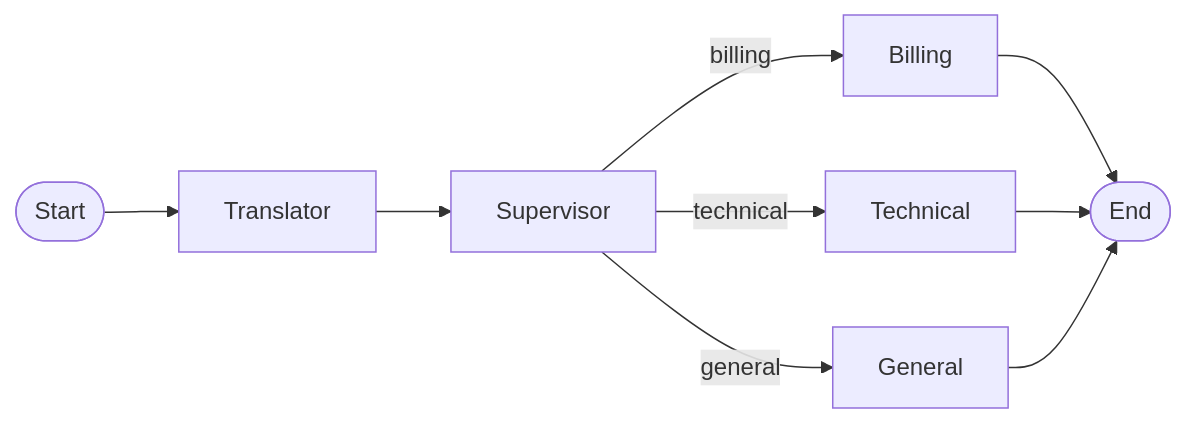
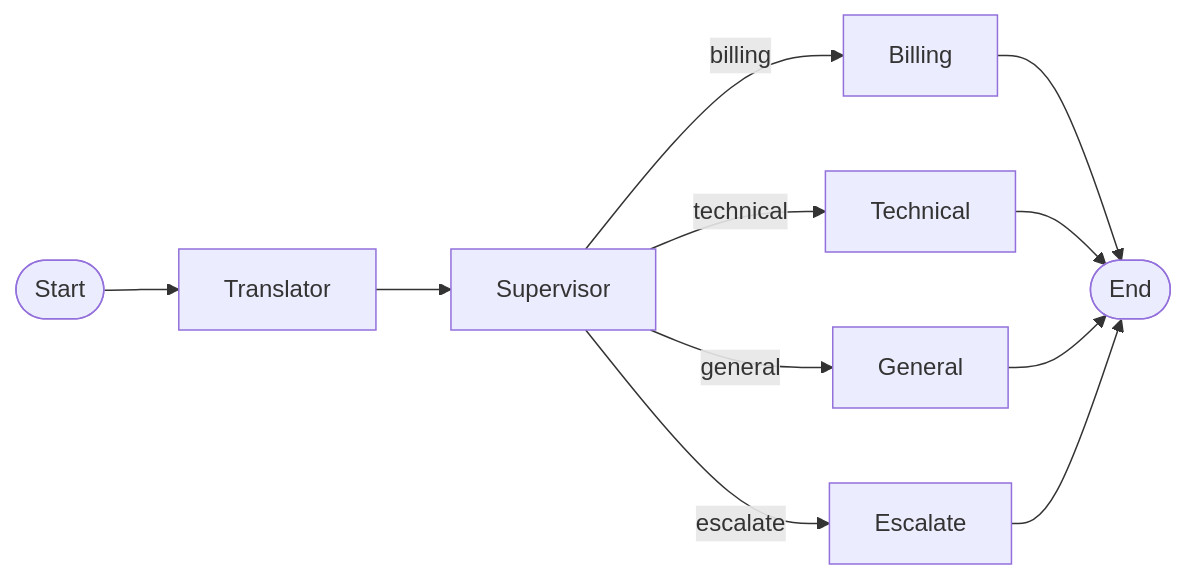
One commit to mhokchuekchuek/support-ticket-triage-agent changed the diagram in docs/src/modules/graph/README.md. Above: the diagram before and after it, drawn with Mermaid. The commit also changed other lines of this file and 52 other files, not shown here.

Commit message:
docs: update documentation for new architecture

````diff
--- a/docs/src/modules/graph/README.md
+++ b/docs/src/modules/graph/README.md
@@ -20,11 +21,13 @@
 ```mermaid
 flowchart LR
     Start([Start]) --> Translator
     Translator --> Supervisor
     Supervisor -->|billing| Billing
     Supervisor -->|technical| Technical
     Supervisor -->|general| General
+    Supervisor -->|escalate| Escalate
     Billing --> End([End])
     Technical --> End
     General --> End
+    Escalate --> End
 ```
````
